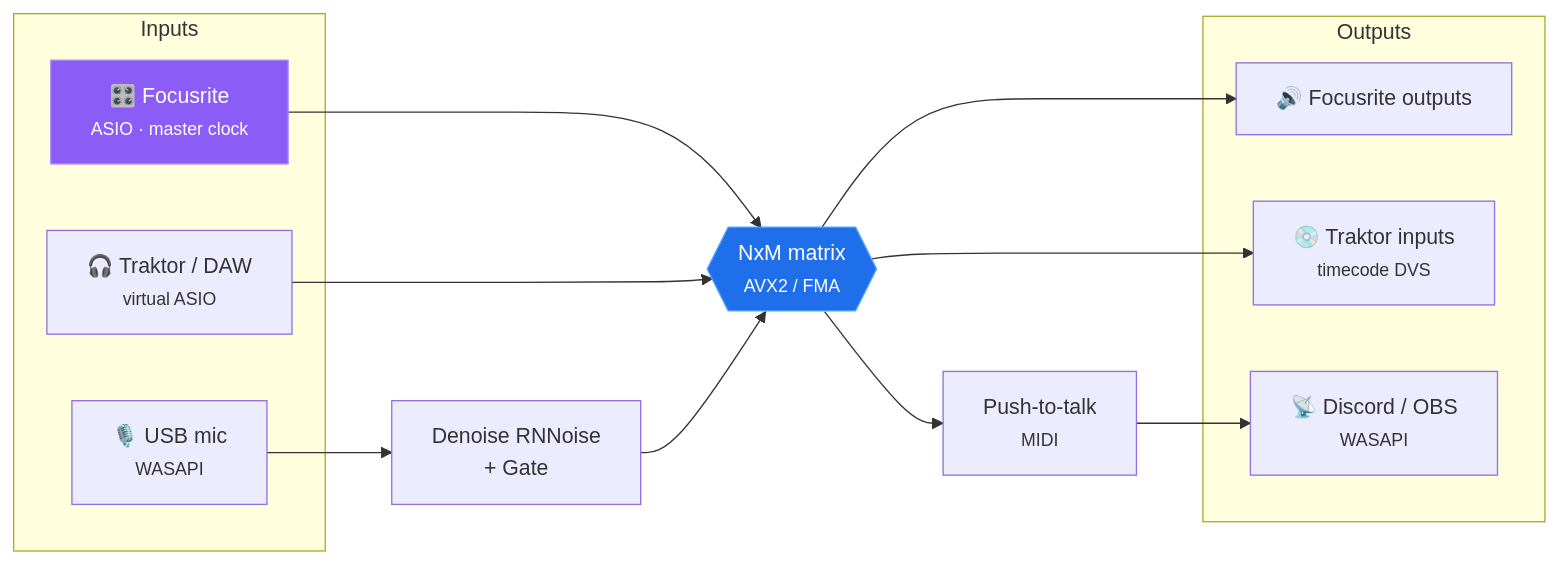
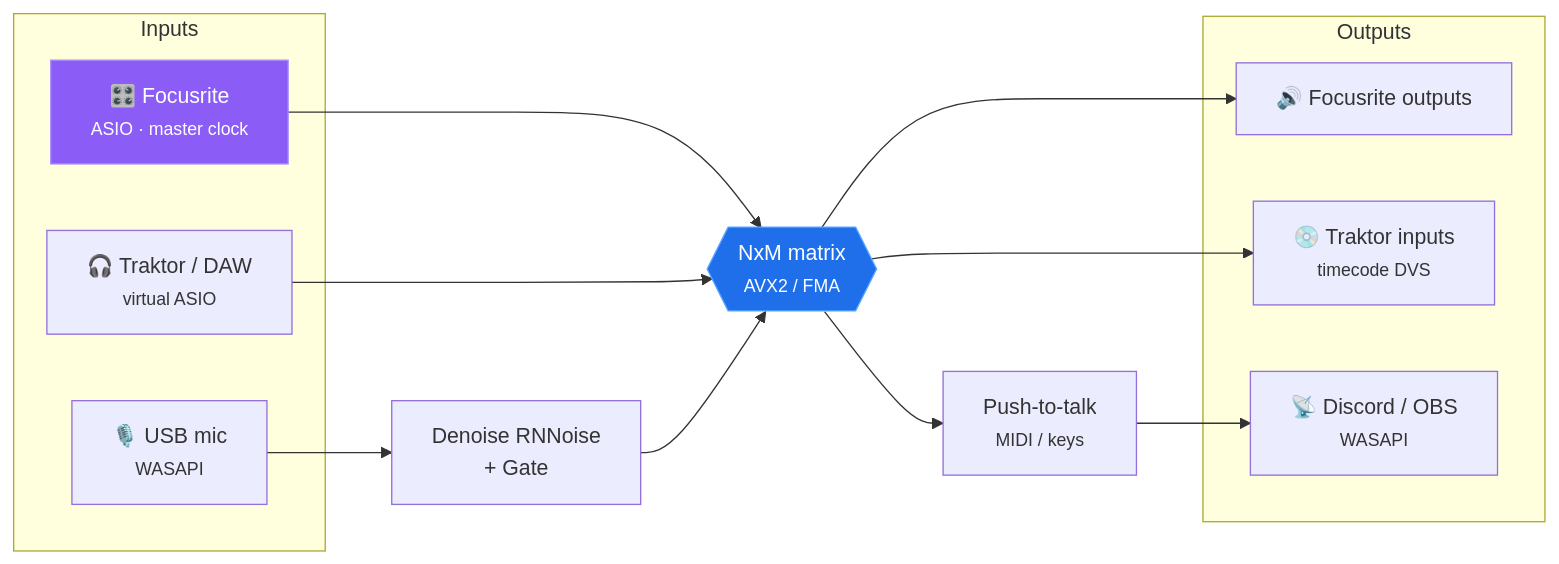
One commit to SubielaDev/AudioFlowMatrix changed the diagram in README.en.md. Above: the diagram before and after it, drawn with Mermaid. The commit also changed other lines of this file and 1 other file, not shown here.

````diff
--- a/README.en.md
+++ b/README.en.md
@@ -31,29 +31,29 @@
 ```mermaid
 flowchart LR
     subgraph IN["Inputs"]
         FR["🎛️ Focusrite<br/><small>ASIO · master clock</small>"]
         TK["🎧 Traktor / DAW<br/><small>virtual ASIO</small>"]
         MIC["🎙️ USB mic<br/><small>WASAPI</small>"]
     end
 
     MIC --> DN["Denoise RNNoise<br/>+ Gate"]
 
     FR --> MX{{"NxM matrix<br/><small>AVX2 / FMA</small>"}}
     TK --> MX
     DN --> MX
 
     subgraph OUT["Outputs"]
         FO["🔊 Focusrite outputs"]
         TI["💿 Traktor inputs<br/><small>timecode DVS</small>"]
         ST["📡 Discord / OBS<br/><small>WASAPI</small>"]
     end
 
     MX --> FO
     MX --> TI
-    MX --> PTT["Push-to-talk<br/><small>MIDI</small>"] --> ST
+    MX --> PTT["Push-to-talk<br/><small>MIDI / keys</small>"] --> ST
 
     classDef master fill:#8b5cf6,stroke:#a78bfa,color:#fff
     classDef core fill:#1f6feb,stroke:#58a6ff,color:#fff
     class FR master
     class MX core
 ```
````
